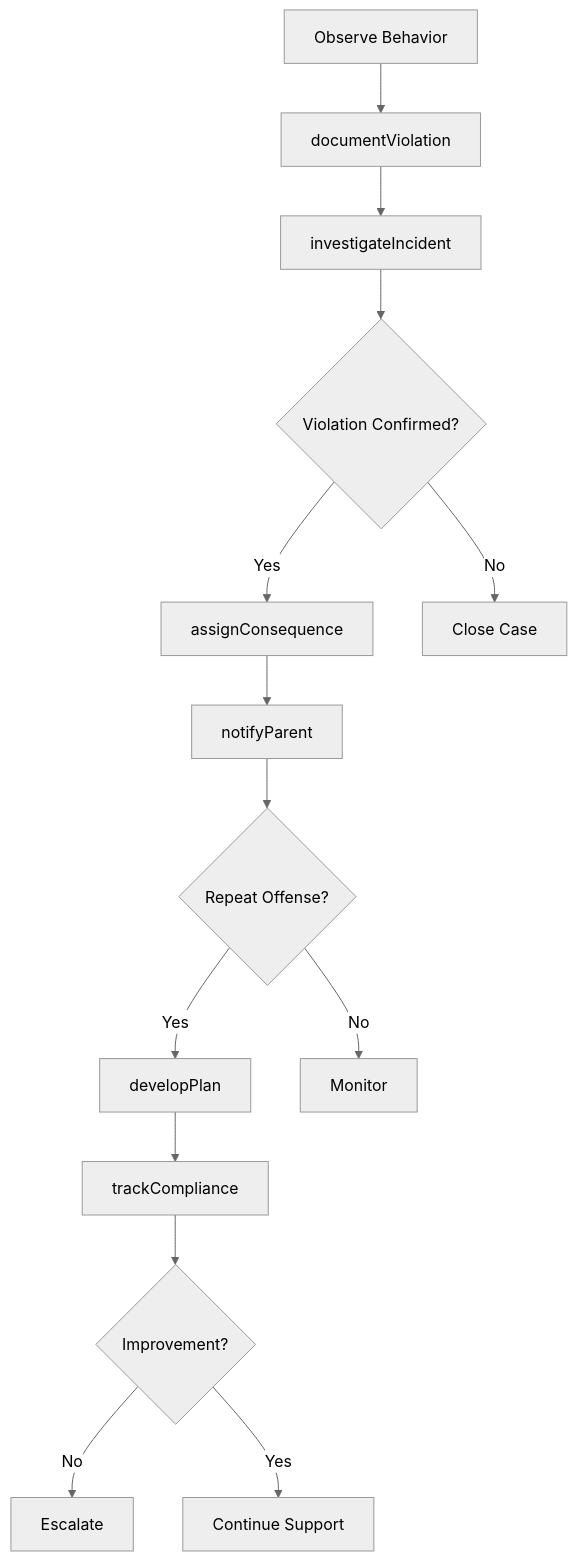
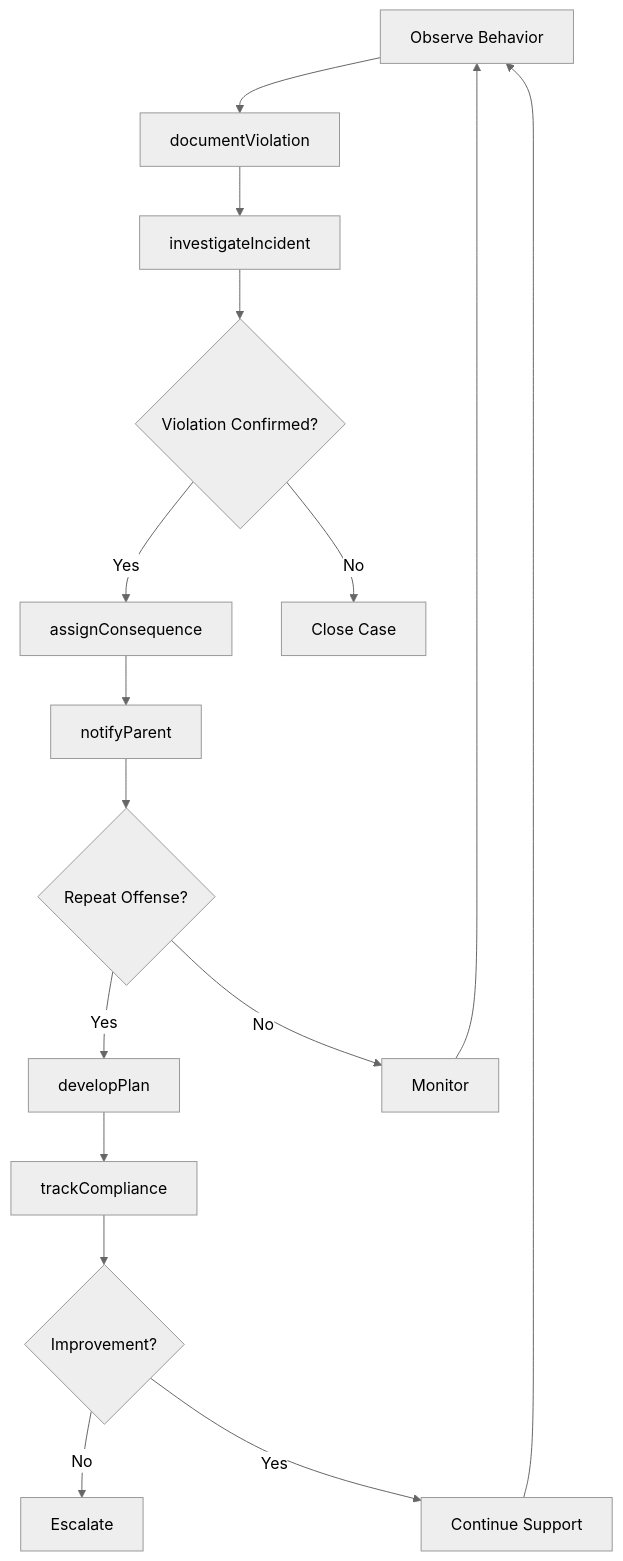
The third of 4 diagrams in MonitoringProcessesMaterialsOrSurroundings/MonitorIndividualBehaviorOrPerformance/EnforceRulesPoliciesGoverningStudent.mdx (dot-org-ai/tasks.org.ai), drawn with Mermaid (neutral theme) before and after one commit. The commit also changed other lines of this file and 504 other files, not shown here.

First line of the commit message:
feat: Add ER diagrams, state diagrams, and workflow improvements to 96 DWA task files

````diff
--- a/MonitoringProcessesMaterialsOrSurroundings/MonitorIndividualBehaviorOrPerformance/EnforceRulesPoliciesGoverningStudent.mdx
+++ b/MonitoringProcessesMaterialsOrSurroundings/MonitorIndividualBehaviorOrPerformance/EnforceRulesPoliciesGoverningStudent.mdx
@@ -87,16 +119,18 @@
 ```mermaid
 graph TD
     A[Observe Behavior] --> B[documentViolation]
     B --> C[investigateIncident]
     C --> D{Violation Confirmed?}
     D -->|Yes| E[assignConsequence]
     D -->|No| F[Close Case]
     E --> G[notifyParent]
     G --> H{Repeat Offense?}
     H -->|Yes| I[developPlan]
     H -->|No| J[Monitor]
     I --> K[trackCompliance]
     K --> L{Improvement?}
     L -->|No| M[Escalate]
     L -->|Yes| N[Continue Support]
+    N --> A
+    J --> A
 ```
````
